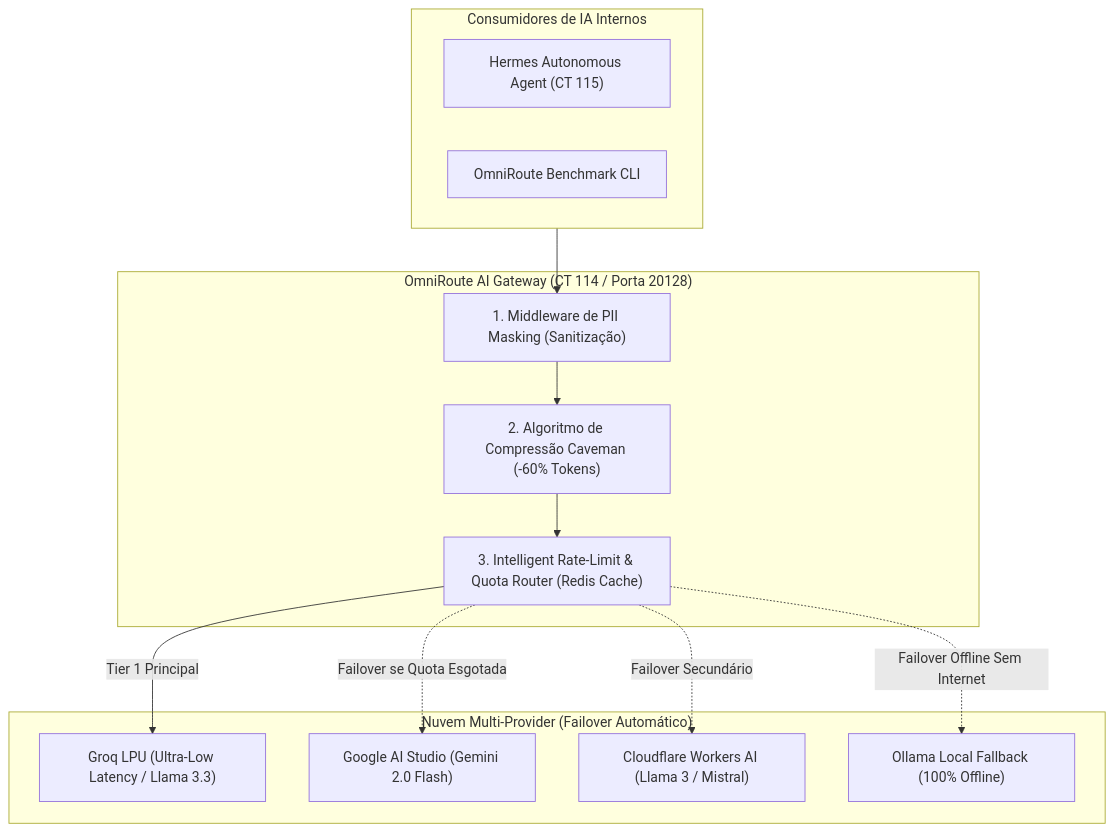
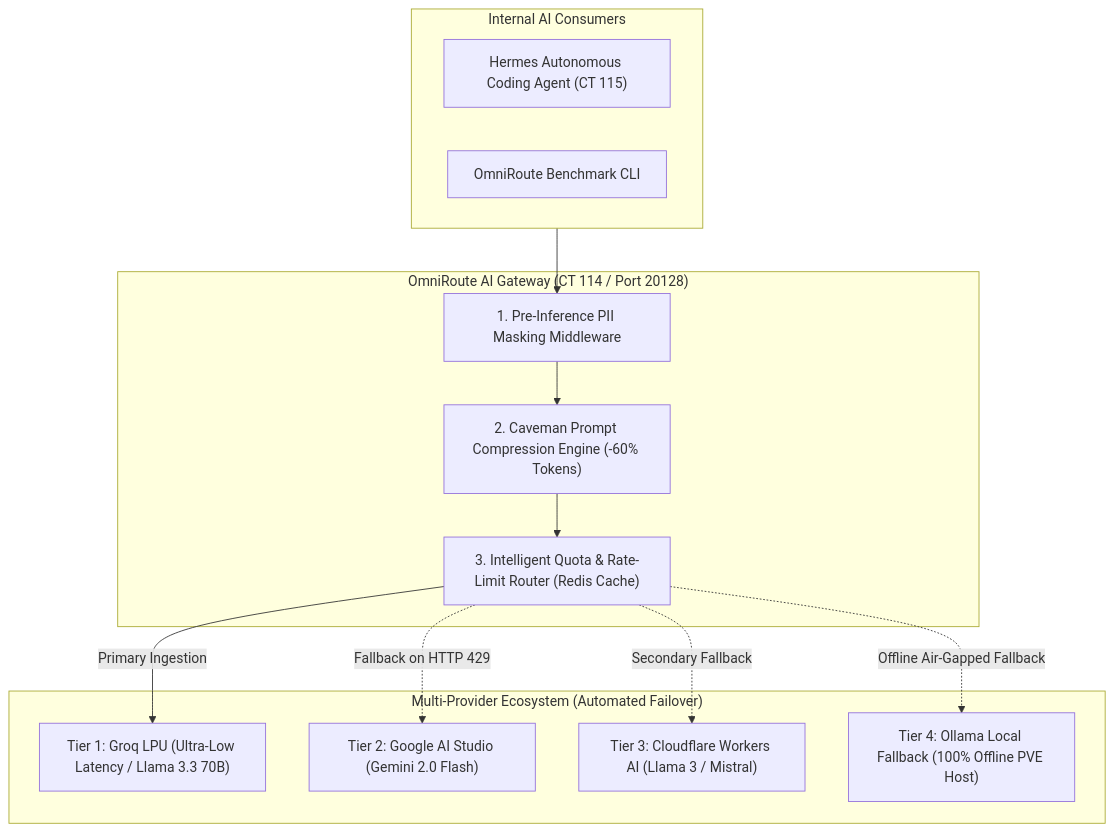
The diagram in README.md (Lessa-github/sovereign-ai-workspace), drawn with Mermaid before and after one commit. The commit also changed other lines of this file and 4 other files, not shown here.

````diff
--- a/README.md
+++ b/README.md
@@ -25,28 +25,28 @@
 ```mermaid
 flowchart TD
-    subgraph CLIENTS ["Consumidores de IA Internos"]
-        Hermes["Hermes Autonomous Agent (CT 115)"]
-        CLI["OmniRoute Benchmark CLI"]
+    subgraph INTERNAL_CLIENTS ["Internal AI Consumers"]
+        Hermes["Hermes Autonomous Coding Agent (CT 115)"]
+        BenchCLI["OmniRoute Benchmark CLI"]
     end
 
-    subgraph GATEWAY ["OmniRoute AI Gateway (CT 114 / Porta 20128)"]
-        PII["1. Middleware de PII Masking (Sanitização)"]
-        Caveman["2. Algoritmo de Compressão Caveman (-60% Tokens)"]
-        Router["3. Intelligent Rate-Limit & Quota Router (Redis Cache)"]
+    subgraph GATEWAY ["OmniRoute AI Gateway (CT 114 / Port 20128)"]
+        PII["1. Pre-Inference PII Masking Middleware"]
+        Caveman["2. Caveman Prompt Compression Engine (-60% Tokens)"]
+        Router["3. Intelligent Quota & Rate-Limit Router (Redis Cache)"]
     end
 
-    subgraph PROVIDERS ["Nuvem Multi-Provider (Failover Automático)"]
-        Groq["Groq LPU (Ultra-Low Latency / Llama 3.3)"]
-        Google["Google AI Studio (Gemini 2.0 Flash)"]
-        Cloudflare["Cloudflare Workers AI (Llama 3 / Mistral)"]
-        LocalLLM["Ollama Local Fallback (100% Offline)"]
+    subgraph PROVIDERS ["Multi-Provider Ecosystem (Automated Failover)"]
+        Groq["Tier 1: Groq LPU (Ultra-Low Latency / Llama 3.3 70B)"]
+        Google["Tier 2: Google AI Studio (Gemini 2.0 Flash)"]
+        CF["Tier 3: Cloudflare Workers AI (Llama 3 / Mistral)"]
+        Ollama["Tier 4: Ollama Local Fallback (100% Offline PVE Host)"]
     end
 
-    CLIENTS --> PII
+    INTERNAL_CLIENTS --> PII
     PII --> Caveman
     Caveman --> Router
-    Router -->|Tier 1 Principal| Groq
-    Router -.->|Failover se Quota Esgotada| Google
-    Router -.->|Failover Secundário| Cloudflare
-    Router -.->|Failover Offline Sem Internet| LocalLLM
+    Router -->|Primary Ingestion| Groq
+    Router -.->|Fallback on HTTP 429| Google
+    Router -.->|Secondary Fallback| CF
+    Router -.->|Offline Air-Gapped Fallback| Ollama
 ```
````
